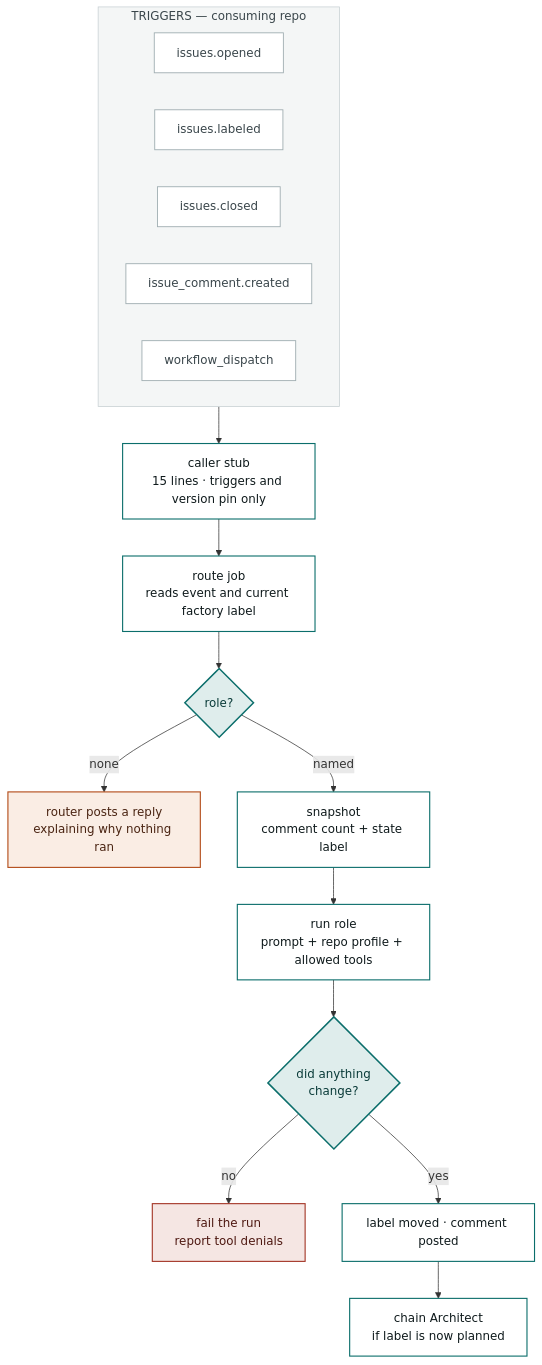
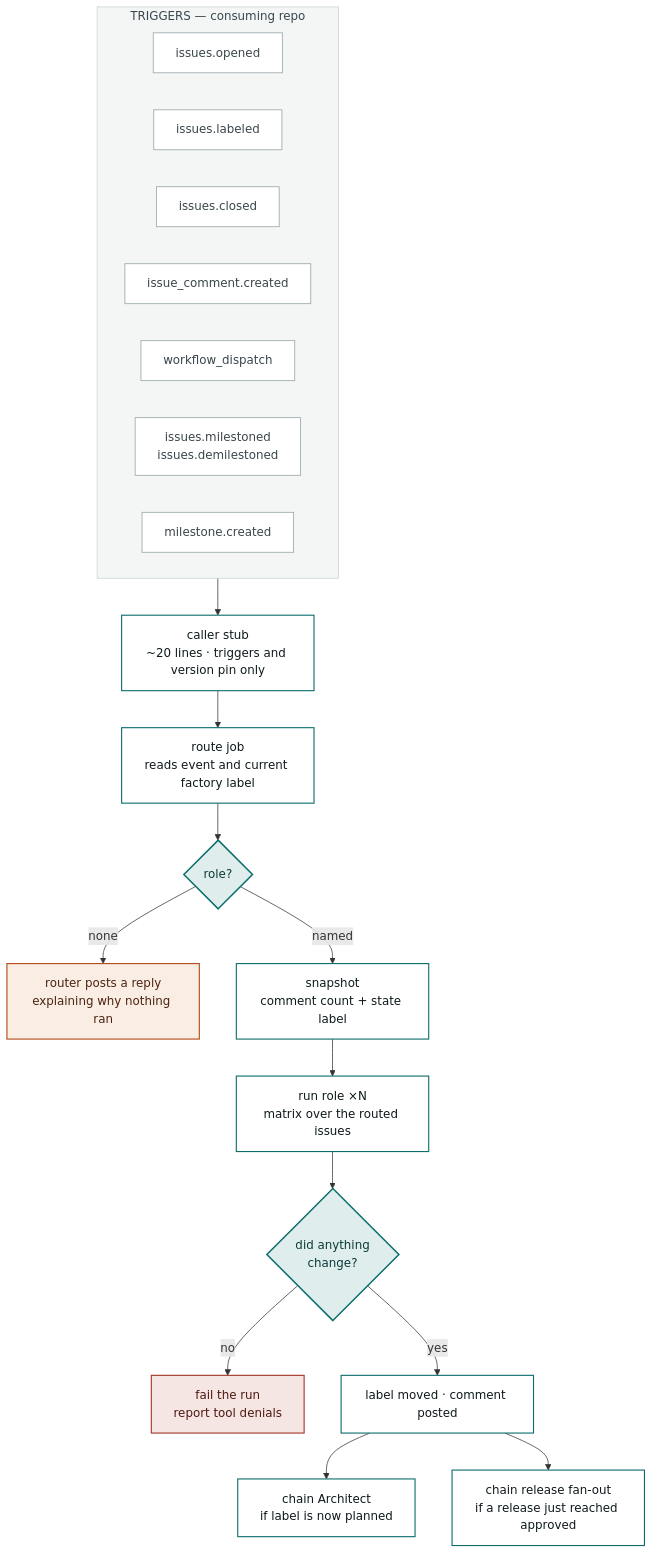
Before and after one commit to genai-jerry/claude-software-factory: the first of 2 diagrams in wiki/Control-Architecture.md, drawn with Mermaid. The commit also changed other lines of this file and 19 other files, not shown here.

````diff
--- a/wiki/Control-Architecture.md
+++ b/wiki/Control-Architecture.md
@@ -9,35 +9,38 @@
 ```mermaid
 flowchart TB
   subgraph EV["TRIGGERS — consuming repo"]
     E1["issues.opened"]
     E2["issues.labeled"]
     E3["issues.closed"]
     E4["issue_comment.created"]
     E5["workflow_dispatch"]
+    E6["issues.milestoned<br/>issues.demilestoned"]
+    E7["milestone.created"]
   end
 
-  EV --> STUB["caller stub<br/>15 lines · triggers and version pin only"]
+  EV --> STUB["caller stub<br/>~20 lines · triggers and version pin only"]
   STUB --> ROUTE["route job<br/>reads event and current factory label"]
   ROUTE --> PICK{"role?"}
   PICK -- none --> SAY["router posts a reply<br/>explaining why nothing ran"]
   PICK -- named --> SNAP["snapshot<br/>comment count + state label"]
-  SNAP --> RUN["run role<br/>prompt + repo profile + allowed tools"]
+  SNAP --> RUN["run role ×N<br/>matrix over the routed issues"]
   RUN --> VERIFY{"did anything<br/>change?"}
   VERIFY -- no --> FAIL["fail the run<br/>report tool denials"]
   VERIFY -- yes --> OUT["label moved · comment posted"]
   OUT --> CHAIN["chain Architect<br/>if label is now planned"]
+  OUT --> REL["chain release fan-out<br/>if a release just reached approved"]
 
   classDef ev fill:#FFFFFF,stroke:#9FADB1,stroke-width:1.2px,color:#3A464B
   classDef core fill:#FFFFFF,stroke:#0B6E6B,stroke-width:1.5px,color:#0F1A1C
   classDef dec fill:#DFEDEC,stroke:#0B6E6B,stroke-width:2px,color:#0A3B39
   classDef bad fill:#F5E6E3,stroke:#A33526,stroke-width:1.5px,color:#4E1811
   classDef warn fill:#FAEDE4,stroke:#B24A17,stroke-width:1.5px,color:#4A2412
 
-  class E1,E2,E3,E4,E5 ev
-  class STUB,ROUTE,SNAP,RUN,OUT,CHAIN core
+  class E1,E2,E3,E4,E5,E6,E7 ev
+  class STUB,ROUTE,SNAP,RUN,OUT,CHAIN,REL core
   class PICK,VERIFY dec
   class FAIL bad
   class SAY warn
 
   style EV fill:#F4F6F6,stroke:#C6CFD2,color:#3A464B
 ```
````
